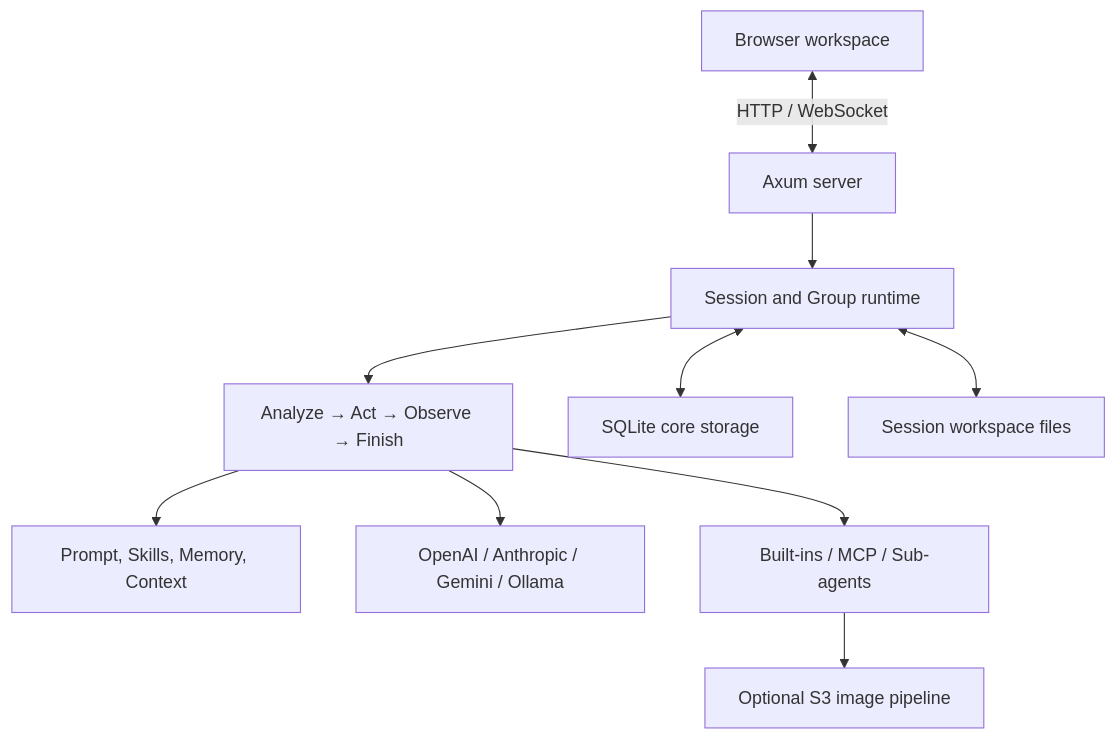
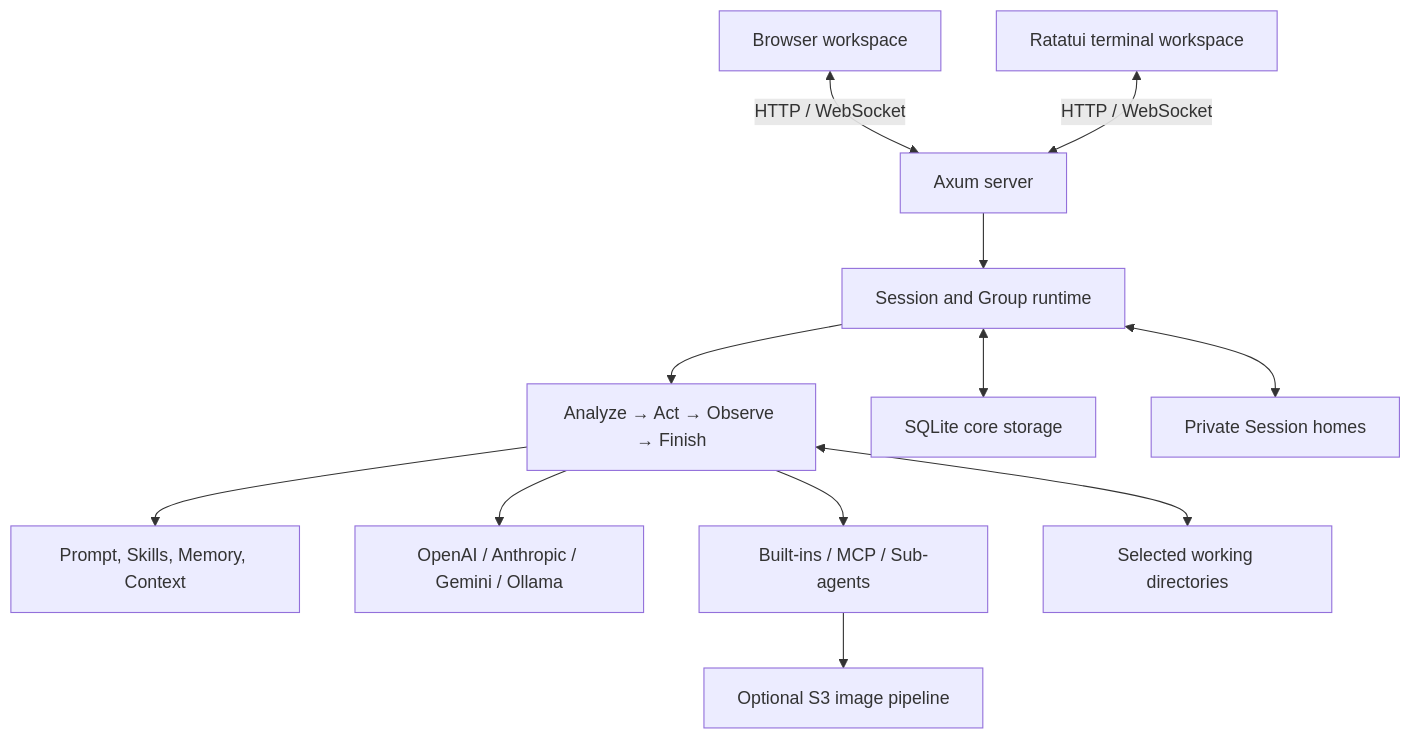
The first of 3 diagrams in docs/architecture.en.md (Linkq123/LingClaw), drawn with Mermaid before and after one commit. The commit also changed other lines of this file and 74 other files, not shown here.

Commit message:
feat: add workspace-aware TUI and optional groups

````diff
--- a/docs/architecture.en.md
+++ b/docs/architecture.en.md
@@ -9,12 +9,14 @@
 ```mermaid
 flowchart TB
     Browser["Browser workspace"] <-->|"HTTP / WebSocket"| Server["Axum server"]
+    TUI["Ratatui terminal workspace"] <-->|"HTTP / WebSocket"| Server
     Server --> Sessions["Session and Group runtime"]
     Sessions --> Loop["Analyze → Act → Observe → Finish"]
     Loop --> Prompt["Prompt, Skills, Memory, Context"]
     Loop --> Providers["OpenAI / Anthropic / Gemini / Ollama"]
     Loop --> Tools["Built-ins / MCP / Sub-agents"]
     Sessions <--> SQLite["SQLite core storage"]
-    Sessions <--> Disk["Session workspace files"]
+    Sessions <--> Home["Private Session homes"]
+    Loop <--> Project["Selected working directories"]
     Tools --> Images["Optional S3 image pipeline"]
 ```
````
